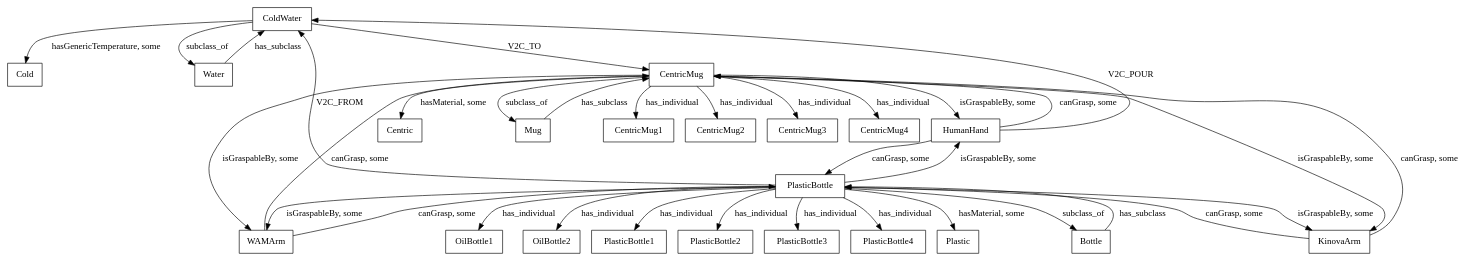
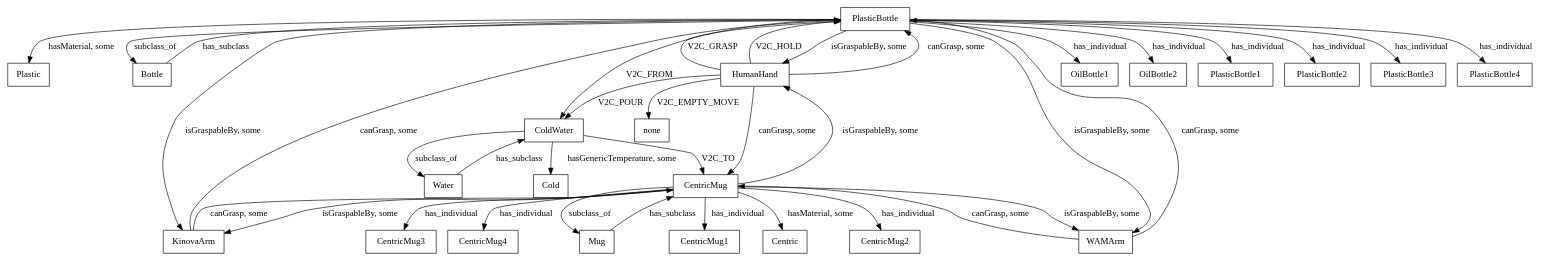
The diagram in experiments/demo/KG.gv (cjiang2/robot_semantics), drawn with Graphviz before and after one commit. The commit also changed 2 other files, not shown here.

```diff
--- a/experiments/demo/KG.gv
+++ b/experiments/demo/KG.gv
@@ -1,139 +1,151 @@
 digraph KG {
 	node [shape=box]
-	node [shape=box]
-	ColdWater
-	Cold
-	ColdWater -> Cold [label="hasGenericTemperature, some"]
-	node [shape=box]
-	ColdWater
-	Water
-	ColdWater -> Water [label=subclass_of]
-	node [shape=box]
-	Water
-	ColdWater
-	Water -> ColdWater [label=has_subclass]
 	node [shape=box]
 	PlasticBottle
 	Plastic
 	PlasticBottle -> Plastic [label="hasMaterial, some"]
 	node [shape=box]
 	PlasticBottle
 	Bottle
 	PlasticBottle -> Bottle [label=subclass_of]
 	node [shape=box]
 	PlasticBottle
 	HumanHand
 	PlasticBottle -> HumanHand [label="isGraspableBy, some"]
 	node [shape=box]
 	PlasticBottle
 	KinovaArm
 	PlasticBottle -> KinovaArm [label="isGraspableBy, some"]
 	node [shape=box]
 	PlasticBottle
 	WAMArm
 	PlasticBottle -> WAMArm [label="isGraspableBy, some"]
 	node [shape=box]
 	PlasticBottle
 	OilBottle1
 	PlasticBottle -> OilBottle1 [label=has_individual]
 	node [shape=box]
 	PlasticBottle
 	OilBottle2
 	PlasticBottle -> OilBottle2 [label=has_individual]
 	node [shape=box]
 	PlasticBottle
 	PlasticBottle1
 	PlasticBottle -> PlasticBottle1 [label=has_individual]
 	node [shape=box]
 	PlasticBottle
 	PlasticBottle2
 	PlasticBottle -> PlasticBottle2 [label=has_individual]
 	node [shape=box]
 	PlasticBottle
 	PlasticBottle3
 	PlasticBottle -> PlasticBottle3 [label=has_individual]
 	node [shape=box]
 	PlasticBottle
 	PlasticBottle4
 	PlasticBottle -> PlasticBottle4 [label=has_individual]
 	node [shape=box]
 	Bottle
 	PlasticBottle
 	Bottle -> PlasticBottle [label=has_subclass]
 	node [shape=box]
 	HumanHand
 	PlasticBottle
 	HumanHand -> PlasticBottle [label="canGrasp, some"]
 	node [shape=box]
 	KinovaArm
 	PlasticBottle
 	KinovaArm -> PlasticBottle [label="canGrasp, some"]
 	node [shape=box]
 	WAMArm
 	PlasticBottle
 	WAMArm -> PlasticBottle [label="canGrasp, some"]
 	node [shape=box]
+	ColdWater
+	Cold
+	ColdWater -> Cold [label="hasGenericTemperature, some"]
+	node [shape=box]
+	ColdWater
+	Water
+	ColdWater -> Water [label=subclass_of]
+	node [shape=box]
+	Water
+	ColdWater
+	Water -> ColdWater [label=has_subclass]
+	node [shape=box]
 	CentricMug
 	Centric
 	CentricMug -> Centric [label="hasMaterial, some"]
 	node [shape=box]
 	CentricMug
 	Mug
 	CentricMug -> Mug [label=subclass_of]
 	node [shape=box]
 	CentricMug
 	HumanHand
 	CentricMug -> HumanHand [label="isGraspableBy, some"]
 	node [shape=box]
 	CentricMug
 	KinovaArm
 	CentricMug -> KinovaArm [label="isGraspableBy, some"]
 	node [shape=box]
 	CentricMug
 	WAMArm
 	CentricMug -> WAMArm [label="isGraspableBy, some"]
 	node [shape=box]
 	CentricMug
 	CentricMug1
 	CentricMug -> CentricMug1 [label=has_individual]
 	node [shape=box]
 	CentricMug
 	CentricMug2
 	CentricMug -> CentricMug2 [label=has_individual]
 	node [shape=box]
 	CentricMug
 	CentricMug3
 	CentricMug -> CentricMug3 [label=has_individual]
 	node [shape=box]
 	CentricMug
 	CentricMug4
 	CentricMug -> CentricMug4 [label=has_individual]
 	node [shape=box]
 	Mug
 	CentricMug
 	Mug -> CentricMug [label=has_subclass]
 	node [shape=box]
 	HumanHand
 	CentricMug
 	HumanHand -> CentricMug [label="canGrasp, some"]
 	node [shape=box]
 	KinovaArm
 	CentricMug
 	KinovaArm -> CentricMug [label="canGrasp, some"]
 	node [shape=box]
 	WAMArm
 	CentricMug
 	WAMArm -> CentricMug [label="canGrasp, some"]
 	node [shape=box]
 	HumanHand
+	none
+	HumanHand -> none [label=V2C_EMPTY_MOVE]
+	node [shape=box]
+	HumanHand
+	PlasticBottle
+	HumanHand -> PlasticBottle [label=V2C_GRASP]
+	node [shape=box]
+	HumanHand
+	PlasticBottle
+	HumanHand -> PlasticBottle [label=V2C_HOLD]
+	node [shape=box]
+	HumanHand
 	ColdWater
 	HumanHand -> ColdWater [label=V2C_POUR]
 	node [shape=box]
 	PlasticBottle
 	ColdWater
 	PlasticBottle -> ColdWater [label=V2C_FROM]
 	node [shape=box]
 	ColdWater
 	CentricMug
 	ColdWater -> CentricMug [label=V2C_TO]
 }
```
